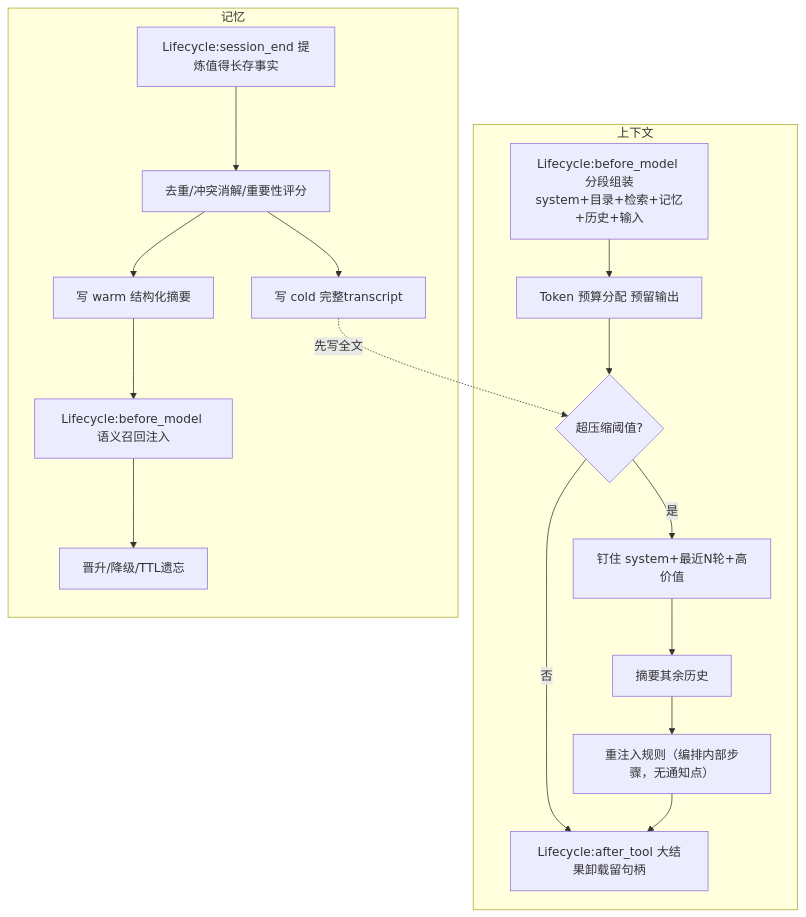
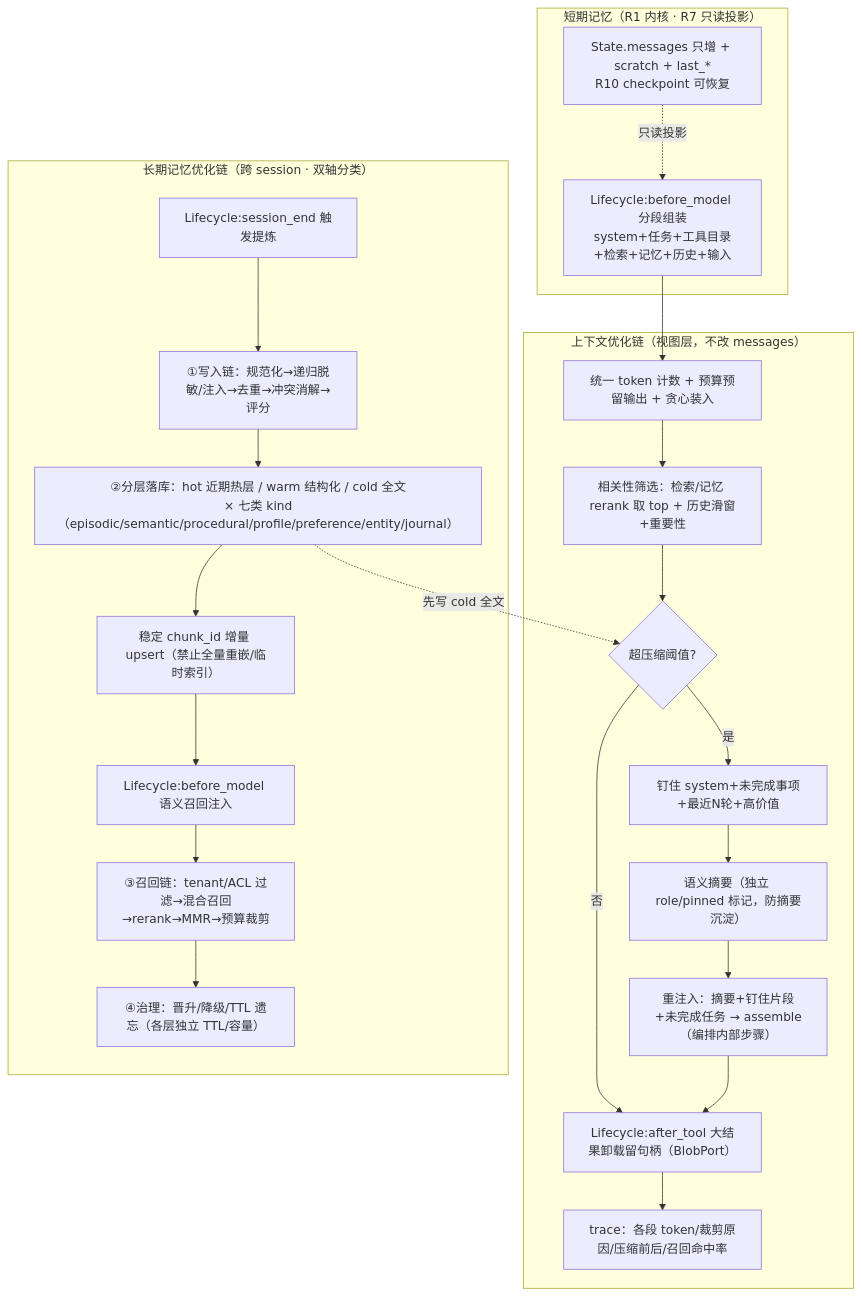
Before and after one commit to sao-lang/lll: the diagram in docs/02-模块详设/Agent/R7-上下文与记忆.md, drawn with Mermaid. The commit also changed other lines of this file and 37 other files, not shown here.

````diff
--- a/docs/02-模块详设/Agent/R7-上下文与记忆.md
+++ b/docs/02-模块详设/Agent/R7-上下文与记忆.md
@@ -28,19 +41,29 @@
 ```mermaid
 flowchart TD
-    subgraph 上下文
-        AS["Lifecycle:before_model 分段组装<br/>system+目录+检索+记忆+历史+输入"] --> BUD["Token 预算分配 预留输出"]
-        BUD --> CP{"超压缩阈值?"}
-        CP -->|是| PIN["钉住 system+最近N轮+高价值"]
-        PIN --> SUM["摘要其余历史"] --> RI["重注入规则（编排内部步骤，无通知点）"]
+    subgraph SHORT["短期记忆（R1 内核 · R7 只读投影）"]
+        SM["State.messages 只增 + scratch + last_*<br/>R10 checkpoint 可恢复"]
+        SM -.->|只读投影| AS
+    end
+    subgraph 上下文["上下文优化链（视图层，不改 messages）"]
+        AS["Lifecycle:before_model 分段组装<br/>system+任务+工具目录+检索+记忆+历史+输入"]
+        AS --> BUD["统一 token 计数 + 预算预留输出 + 贪心装入"]
+        BUD --> REL["相关性筛选：检索/记忆 rerank 取 top + 历史滑窗+重要性"]
+        REL --> CP{"超压缩阈值?"}
+        CP -->|是| PIN["钉住 system+未完成事项+最近N轮+高价值"]
+        PIN --> SUM["语义摘要（独立 role/pinned 标记，防摘要沉淀）"]
+        SUM --> RI["重注入：摘要+钉住片段+未完成任务 → assemble（编排内部步骤）"]
         CP -->|否| OFF
-        RI --> OFF["Lifecycle:after_tool 大结果卸载留句柄"]
+        RI --> OFF["Lifecycle:after_tool 大结果卸载留句柄（BlobPort）"]
+        OFF --> OBS["trace：各段 token/裁剪原因/压缩前后/召回命中率"]
     end
-    subgraph 记忆
-        M1["Lifecycle:session_end 提炼值得长存事实"] --> M2["去重/冲突消解/重要性评分"]
-        M2 --> M3["写 warm 结构化摘要"]
-        M2 --> M4["写 cold 完整transcript"]
-        M3 --> MR["Lifecycle:before_model 语义召回注入"]
-        MR --> M5["晋升/降级/TTL遗忘"]
+    subgraph 记忆["长期记忆优化链（跨 session · 双轴分类）"]
+        SE["Lifecycle:session_end 触发提炼"]
+        SE --> W1["①写入链：规范化→递归脱敏/注入→去重→冲突消解→评分"]
+        W1 --> W2["②分层落库：hot 近期热层 / warm 结构化 / cold 全文<br/>× 七类 kind（episodic/semantic/procedural/profile/preference/entity/journal）"]
+        W2 --> W3["稳定 chunk_id 增量 upsert（禁止全量重嵌/临时索引）"]
+        W3 --> MR["Lifecycle:before_model 语义召回注入"]
+        MR --> R1["③召回链：tenant/ACL 过滤→混合召回→rerank→MMR→预算裁剪"]
+        R1 --> M5["④治理：晋升/降级/TTL 遗忘（各层独立 TTL/容量）"]
     end
-    M4 -.->|先写全文| CP
+    W2 -.->|先写 cold 全文| CP
 ```
````
